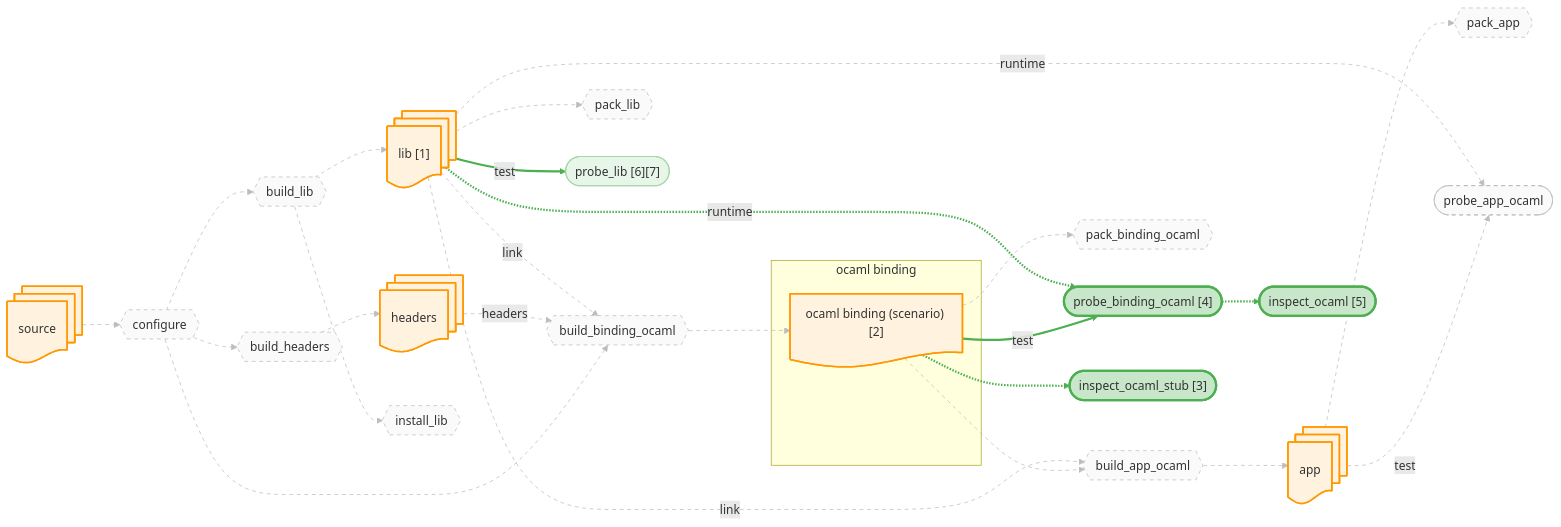
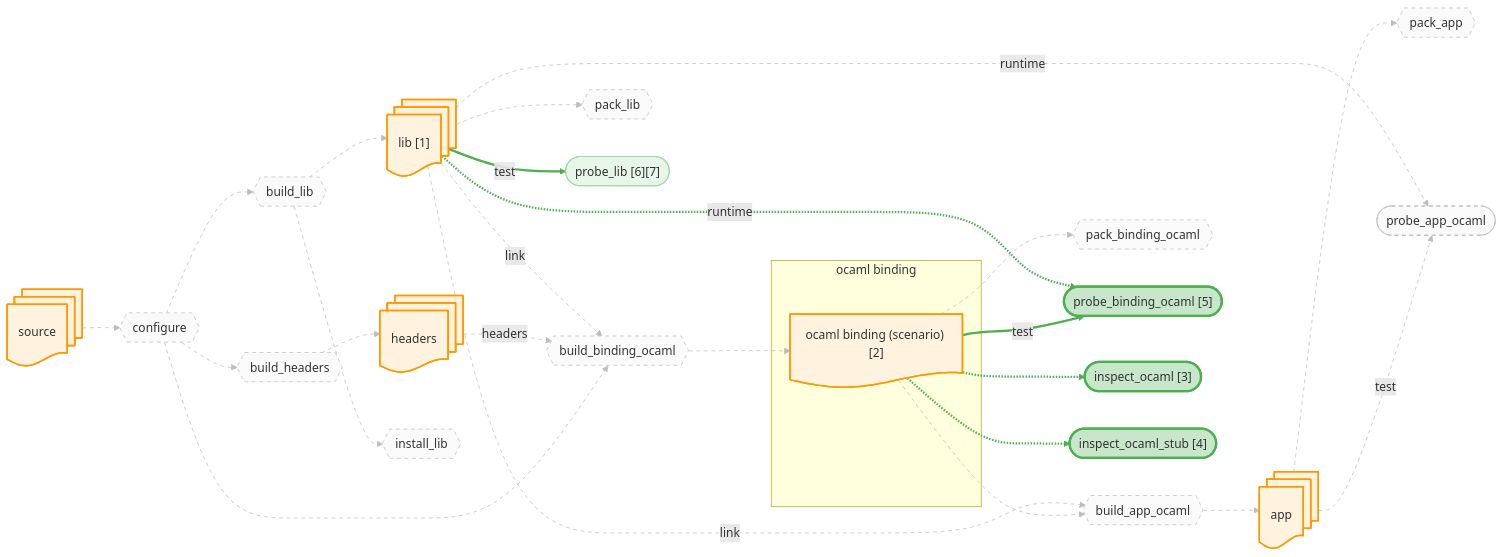
The diagram in docs/canary/projects/libffi/-run/diagrams/binding_ocaml.mmd (JHU-PL-Lab/tola), drawn with Mermaid before and after one commit. The commit also changed 247 other files, not shown here.

```diff
--- a/docs/canary/projects/libffi/-run/diagrams/binding_ocaml.mmd
+++ b/docs/canary/projects/libffi/-run/diagrams/binding_ocaml.mmd
@@ -1,95 +1,95 @@
 %% view: binding_ocaml
 graph LR
     source_node@{ shape: docs, label: "source" }
     headers_node@{ shape: docs, label: "headers" }
     lib_node@{ shape: docs, label: "lib [1]" }
     app_node@{ shape: docs, label: "app" }
     subgraph ocaml_binding_sg ["ocaml binding"]
       ocaml_binding_fetch_node@{ shape: doc, label: "ocaml binding (scenario) [2]" }
     end
 
     A_configure{{"configure"}}
     A_build_headers{{"build_headers"}}
     A_build_lib{{"build_lib"}}
     A_build_binding_ocaml{{"build_binding_ocaml"}}
     A_build_app_ocaml{{"build_app_ocaml"}}
     A_install_lib{{"install_lib"}}
     A_pack_binding_ocaml{{"pack_binding_ocaml"}}
     A_pack_lib{{"pack_lib"}}
     A_pack_app{{"pack_app"}}
-    A_probe_binding_ocaml(["probe_binding_ocaml [4]"])
+    A_probe_binding_ocaml(["probe_binding_ocaml [5]"])
     A_probe_app_ocaml(["probe_app_ocaml"])
     A_probe_lib(["probe_lib [6][7]"])
-    A_fetch_binding_ocaml_stub_inspect(["inspect_ocaml_stub [3]"])
-    A_probe_binding_ocaml_inspect(["inspect_ocaml [5]"])
+    A_fetch_binding_ocaml_inspect(["inspect_ocaml [3]"])
+    A_fetch_binding_ocaml_stub_inspect(["inspect_ocaml_stub [4]"])
 
     source_node --> A_configure
     A_configure --> A_build_headers
     A_build_headers --> headers_node
     A_configure --> A_build_lib
     A_build_lib --> lib_node
     A_configure --> A_build_binding_ocaml
     headers_node -.->|headers| A_build_binding_ocaml
     lib_node -.->|link| A_build_binding_ocaml
     A_build_binding_ocaml --> ocaml_binding_fetch_node
     ocaml_binding_fetch_node --> A_build_app_ocaml
     lib_node -.->|link| A_build_app_ocaml
     A_build_app_ocaml --> app_node
     A_build_lib --> A_install_lib
     ocaml_binding_fetch_node --> A_pack_binding_ocaml
     lib_node --> A_pack_lib
     app_node --> A_pack_app
     ocaml_binding_fetch_node -->|test| A_probe_binding_ocaml
     lib_node -.->|runtime| A_probe_binding_ocaml
     app_node -->|test| A_probe_app_ocaml
     lib_node -.->|runtime| A_probe_app_ocaml
     lib_node -->|test| A_probe_lib
+    ocaml_binding_fetch_node -.-> A_fetch_binding_ocaml_inspect
     ocaml_binding_fetch_node -.-> A_fetch_binding_ocaml_stub_inspect
-    A_probe_binding_ocaml -.-> A_probe_binding_ocaml_inspect
 
     classDef artifact fill:#fff3e0,stroke:#ff9800,stroke-width:2px
     classDef action fill:#f3e5f5,stroke:#9c27b0,stroke-width:2px
     classDef st_done fill:#c8e6c9,stroke:#4caf50,stroke-width:3px
     classDef st_done_ctx fill:#e8f5e9,stroke:#a5d6a7,stroke-width:1.5px
     classDef st_expected_fail fill:#fff9c4,stroke:#f9a825,stroke-width:2px
     classDef st_failed fill:#ffcdd2,stroke:#c62828,stroke-width:2px
     classDef st_skipped fill:#f5f5f5,stroke:#9e9e9e,stroke-dasharray:5
     classDef st_nospec fill:#fafafa,stroke:#bdbdbd,stroke-dasharray:5
     class source_node,headers_node,lib_node,app_node,ocaml_binding_fetch_node artifact
     class A_configure st_nospec
     class A_build_headers st_nospec
     class A_build_lib st_nospec
     class A_build_binding_ocaml st_nospec
     class A_build_app_ocaml st_nospec
     class A_install_lib st_nospec
     class A_pack_binding_ocaml st_nospec
     class A_pack_lib st_nospec
     class A_pack_app st_nospec
     class A_probe_binding_ocaml st_done
     class A_probe_app_ocaml st_nospec
     class A_probe_lib st_done_ctx
+    class A_fetch_binding_ocaml_inspect st_done
     class A_fetch_binding_ocaml_stub_inspect st_done
-    class A_probe_binding_ocaml_inspect st_done
     linkStyle 0 stroke:#bdbdbd,stroke-width:1px,stroke-dasharray:5
     linkStyle 1 stroke:#bdbdbd,stroke-width:1px,stroke-dasharray:5
     linkStyle 2 stroke:#bdbdbd,stroke-width:1px,stroke-dasharray:5
     linkStyle 3 stroke:#bdbdbd,stroke-width:1px,stroke-dasharray:5
     linkStyle 4 stroke:#bdbdbd,stroke-width:1px,stroke-dasharray:5
     linkStyle 5 stroke:#bdbdbd,stroke-width:1px,stroke-dasharray:5
     linkStyle 6 stroke:#bdbdbd,stroke-width:1px,stroke-dasharray:5
     linkStyle 7 stroke:#bdbdbd,stroke-width:1px,stroke-dasharray:5
     linkStyle 8 stroke:#bdbdbd,stroke-width:1px,stroke-dasharray:5
     linkStyle 9 stroke:#bdbdbd,stroke-width:1px,stroke-dasharray:5
     linkStyle 10 stroke:#bdbdbd,stroke-width:1px,stroke-dasharray:5
     linkStyle 11 stroke:#bdbdbd,stroke-width:1px,stroke-dasharray:5
     linkStyle 12 stroke:#bdbdbd,stroke-width:1px,stroke-dasharray:5
     linkStyle 13 stroke:#bdbdbd,stroke-width:1px,stroke-dasharray:5
     linkStyle 14 stroke:#bdbdbd,stroke-width:1px,stroke-dasharray:5
     linkStyle 15 stroke:#bdbdbd,stroke-width:1px,stroke-dasharray:5
     linkStyle 16 stroke:#4caf50,stroke-width:3px
     linkStyle 17 stroke:#4caf50,stroke-width:3px
     linkStyle 18 stroke:#bdbdbd,stroke-width:1px,stroke-dasharray:5
     linkStyle 19 stroke:#bdbdbd,stroke-width:1px,stroke-dasharray:5
     linkStyle 20 stroke:#4caf50,stroke-width:3px
     linkStyle 21 stroke:#4caf50,stroke-width:3px
     linkStyle 22 stroke:#4caf50,stroke-width:3px
```
